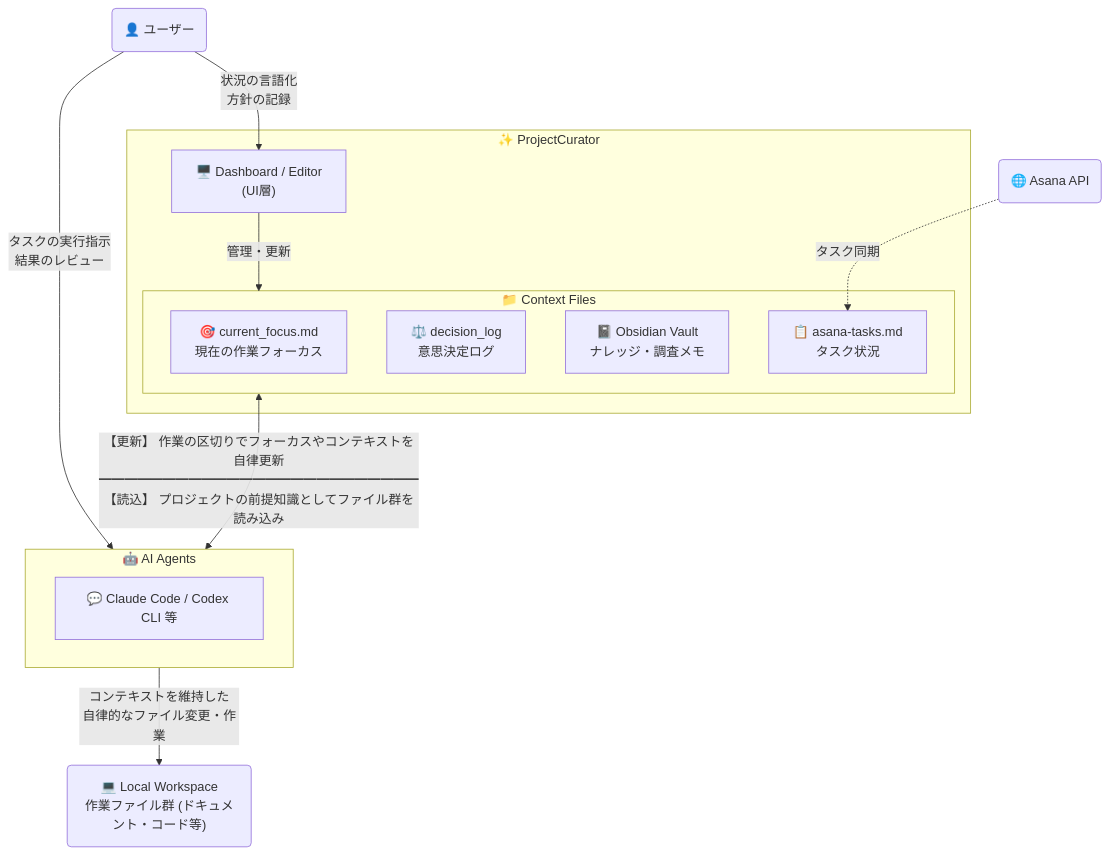
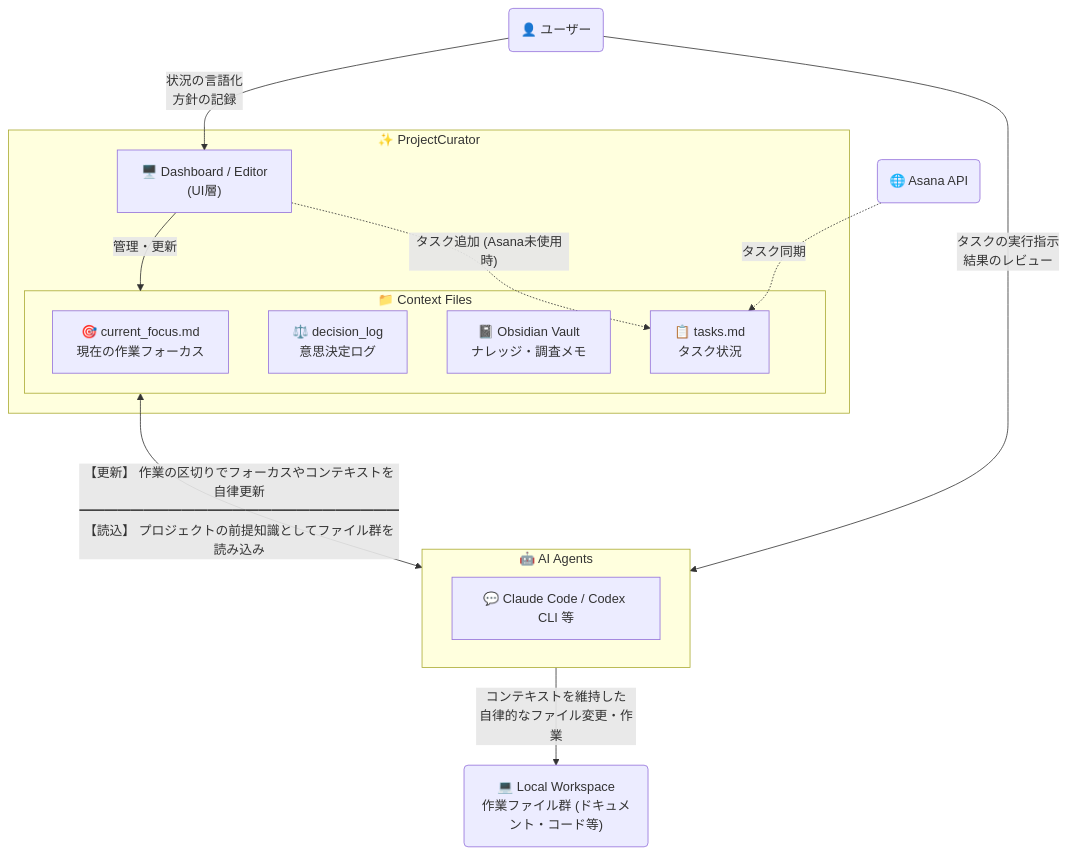
One commit to yt3trees/ProjectCurator changed the diagram in README-ja.md. Above: the diagram before and after it, drawn with Mermaid. The commit also changed 34 other files, not shown here.

````diff
--- a/README-ja.md
+++ b/README-ja.md
@@ -10,36 +10,37 @@
 ```mermaid
 flowchart TD
     User("👤 ユーザー")
 
     %% ProjectCurator (コンテキスト管理)
     subgraph PC ["✨ ProjectCurator"]
         UI["🖥️ Dashboard / Editor<br>(UI層)"]
         
         subgraph MD ["📁 Context Files"]
             F1["🎯 current_focus.md<br>現在の作業フォーカス"]
             F2["⚖️ decision_log<br>意思決定ログ"]
             F4["📓 Obsidian Vault<br>ナレッジ・調査メモ"]
-            F3["📋 asana-tasks.md<br>タスク状況"]
+            F3["📋 tasks.md<br>タスク状況"]
         end
         
         UI -->|管理・更新| MD
     end
 
     %% AIエージェントと対象ワークスペース
     subgraph AI ["🤖 AI Agents"]
         AgentList["💬 Claude Code / Codex CLI 等"]
     end
 
     Asana("🌐 Asana API")
     Workspace("💻 Local Workspace<br>作業ファイル群 (ドキュメント・コード等)")
 
     %% ワークフロー
     User -->|タスクの実行指示<br>結果のレビュー| AI
     User -->|状況の言語化<br>方針の記録| UI
     
     Asana -.->|タスク同期| F3
+    UI -.->|"タスク追加 (Asana未使用時)"| F3
     
     MD <-->|【更新】 作業の区切りでフォーカスやコンテキストを自律更新<br>━━━━━━━━━━━━━━━━━━━━━━━━━<br>【読込】 プロジェクトの前提知識としてファイル群を読み込み| AI
     
     AI -->|コンテキストを維持した<br>自律的なファイル変更・作業| Workspace
 ```
````
